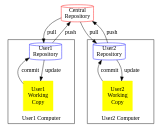
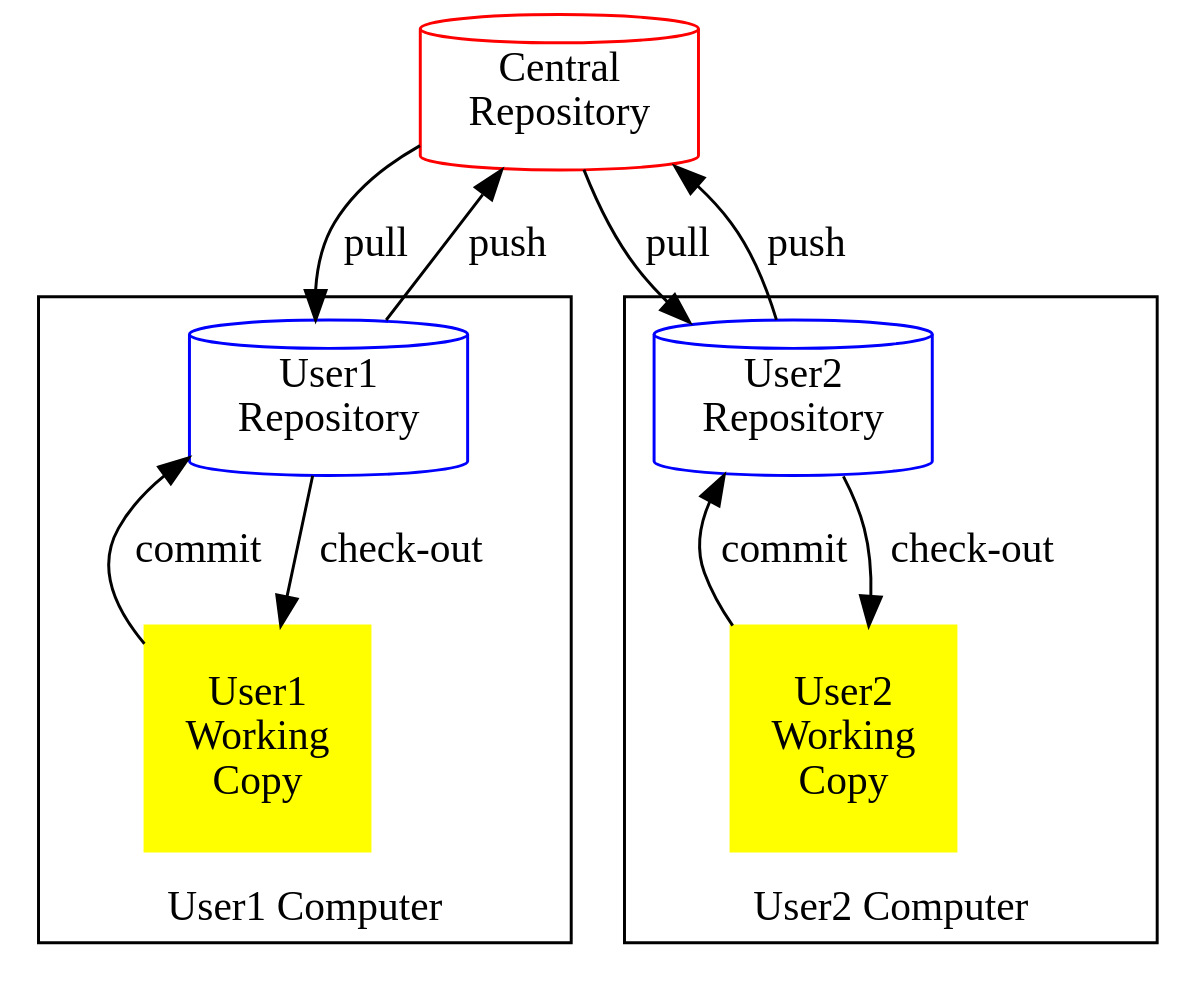
The diagram in assets/img/graphviz/dvcs.dot (greg-hutchinson/git-training), drawn with Graphviz before and after one commit. The commit also changed 17 other files, not shown here.

Commit message:
Updated diagrams

```diff
--- a/assets/img/graphviz/dvcs.dot
+++ b/assets/img/graphviz/dvcs.dot
@@ -1,28 +1,26 @@
-digraph foo {
+digraph dvcs {
+    size="40!"
     rankdir="BT"
-    node [style=rounded, width=1, margin="0,0"];
     Repository [shape=cylinder, label="Central\nRepository" width=1 color=red];
     User1WC [shape= square, label="User1\nWorking\nCopy", style=filled; color=yellow];
     User2WC [shape= square, label="User2\nWorking\nCopy",style=filled; color=yellow]
     User1Rep [shape= cylinder, label="User1\nRepository", color=blue];
     User2Rep [shape= cylinder, label="User2\nRepository",color=blue];
     User1Rep -> Repository [label="push"]
     Repository -> User1Rep [label="pull"]
     User2Rep -> Repository [label="push"]
     Repository -> User2Rep [label="pull"]
     User1WC -> User1Rep [label="commit"]
-    User1Rep -> User1WC [label="update"]
+    User1Rep -> User1WC [label="check-out"]
     User2WC -> User2Rep [label="commit"]
-    User2Rep -> User2WC [label="update"]
+    User2Rep -> User2WC [label="check-out"]
 
     subgraph cluster_User1 {
         label="User1 Computer"
-        {  User1Rep User1WC
-        }
+        User1Rep User1WC
     }
     subgraph cluster_User2 {
         label="User2 Computer"
-        {  User2Rep User2WC
-        }
+        User2Rep User2WC
+    }
 }
-}
```
